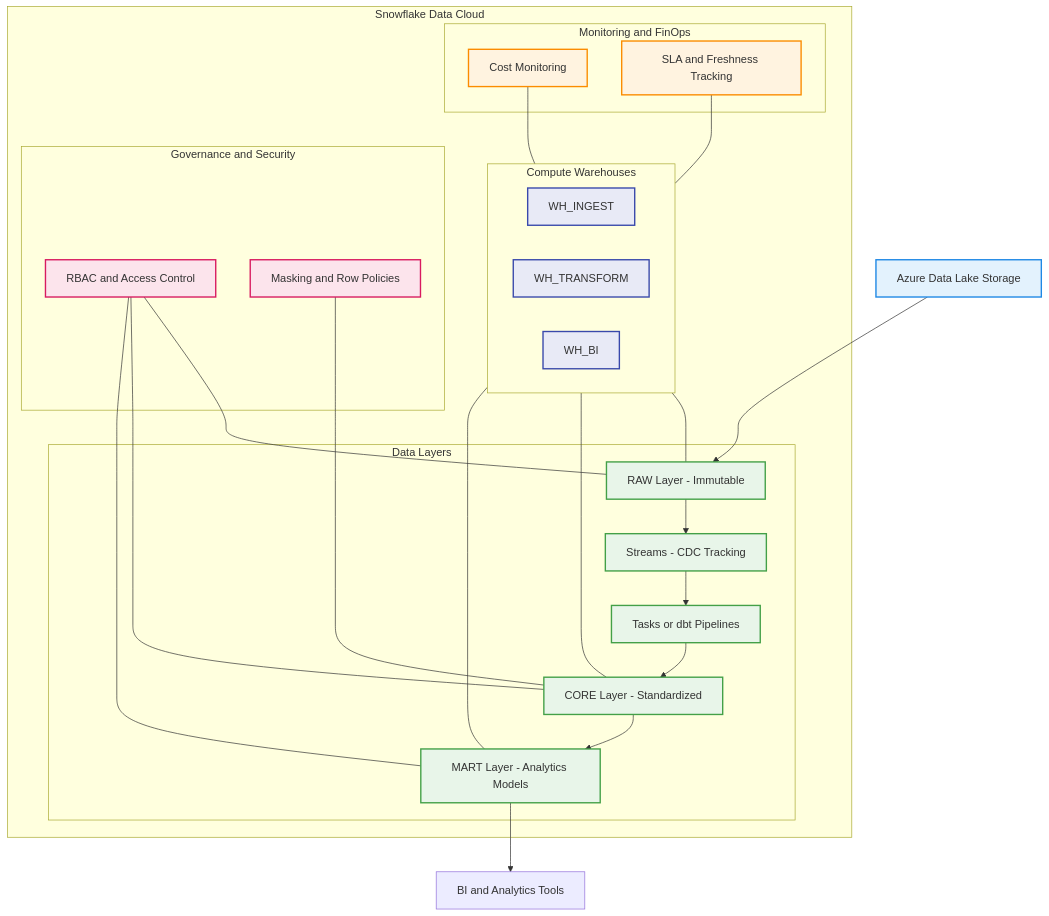
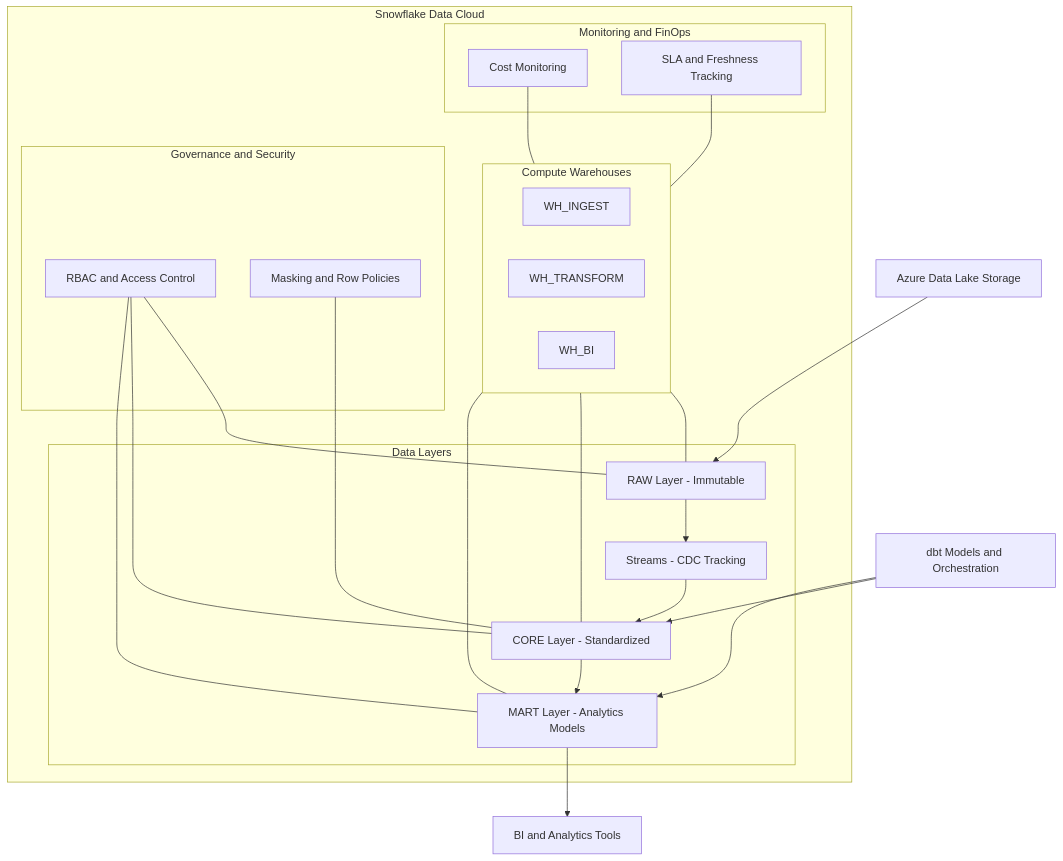
One commit to adityadaptardar/Snowflake-Movie-Platform changed the diagram in 01_architecture/platform_architecture.mmd. Above: the diagram before and after it, drawn with Mermaid.

Commit message:
Refactor platform architecture diagram and relationships

```diff
--- a/01_architecture/platform_architecture.mmd
+++ b/01_architecture/platform_architecture.mmd
@@ -1,67 +1,59 @@
 flowchart TD
 
-%% ===== External =====
+%% External
 ADLS[Azure Data Lake Storage]
 
-%% ===== Snowflake =====
+%% Snowflake
 subgraph SF[Snowflake Data Cloud]
 
     subgraph GOV[Governance and Security]
         RBAC[RBAC and Access Control]
         MASK[Masking and Row Policies]
     end
 
     subgraph MON[Monitoring and FinOps]
         COST[Cost Monitoring]
         SLA[SLA and Freshness Tracking]
     end
 
     subgraph WH[Compute Warehouses]
         ING[WH_INGEST]
         TRN[WH_TRANSFORM]
         BIW[WH_BI]
     end
 
     subgraph DATA[Data Layers]
         RAW[RAW Layer - Immutable]
         STR[Streams - CDC Tracking]
-        ORCH[Tasks or dbt Pipelines]
         CORE[CORE Layer - Standardized]
         MART[MART Layer - Analytics Models]
     end
 
 end
 
+%% dbt outside Snowflake but controlling transforms
+DBT[dbt Models and Orchestration]
+
 BI[BI and Analytics Tools]
 
-%% ===== Flow =====
+%% Flow
 ADLS --> RAW
 RAW --> STR
-STR --> ORCH
-ORCH --> CORE
+STR --> CORE
 CORE --> MART
 MART --> BI
 
-%% ===== Supporting links =====
+%% dbt orchestration links
+DBT --> CORE
+DBT --> MART
+
+%% Supporting relationships
 RBAC --- RAW
 RBAC --- CORE
 RBAC --- MART
 MASK --- CORE
 COST --- WH
 SLA --- WH
 WH --- RAW
 WH --- CORE
 WH --- MART
-
-%% ===== Styling =====
-classDef external fill:#E3F2FD,stroke:#1E88E5,stroke-width:2;
-classDef layer fill:#E8F5E9,stroke:#43A047,stroke-width:2;
-classDef compute fill:#E8EAF6,stroke:#3949AB,stroke-width:2;
-classDef governance fill:#FCE4EC,stroke:#D81B60,stroke-width:2;
-classDef monitor fill:#FFF3E0,stroke:#FB8C00,stroke-width:2;
-
-class ADLS external;
-class RAW,STR,ORCH,CORE,MART layer;
-class ING,TRN,BIW compute;
-class RBAC,MASK governance;
-class COST,SLA monitor;
```
